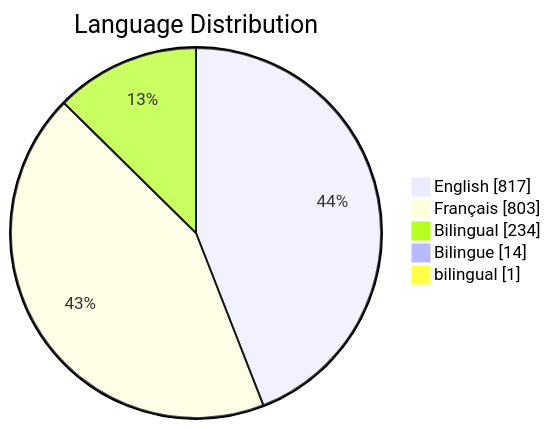
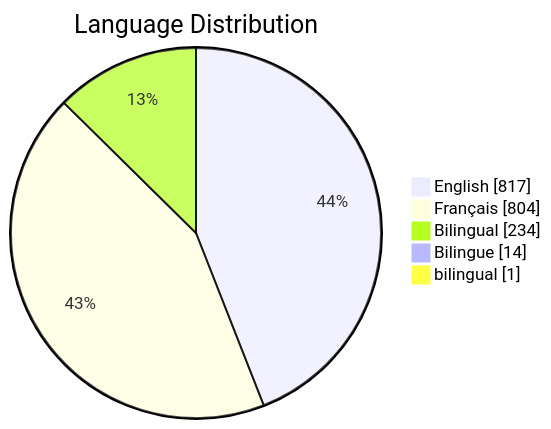
Before and after one commit to PatLittle/GC-Socials: the fifth of 8 diagrams in README.md, drawn with Mermaid. The commit also changed other lines of this file, not shown here.

Commit message:
Update README with Platform Distribution pie chart

````diff
--- a/README.md
+++ b/README.md
@@ -162,8 +163,8 @@
 ```mermaid
 pie showData title Language Distribution
     "English": 817
-    "Français": 803
+    "Français": 804
     "Bilingual": 234
     "Bilingue": 14
     "bilingual": 1
 ```
````
